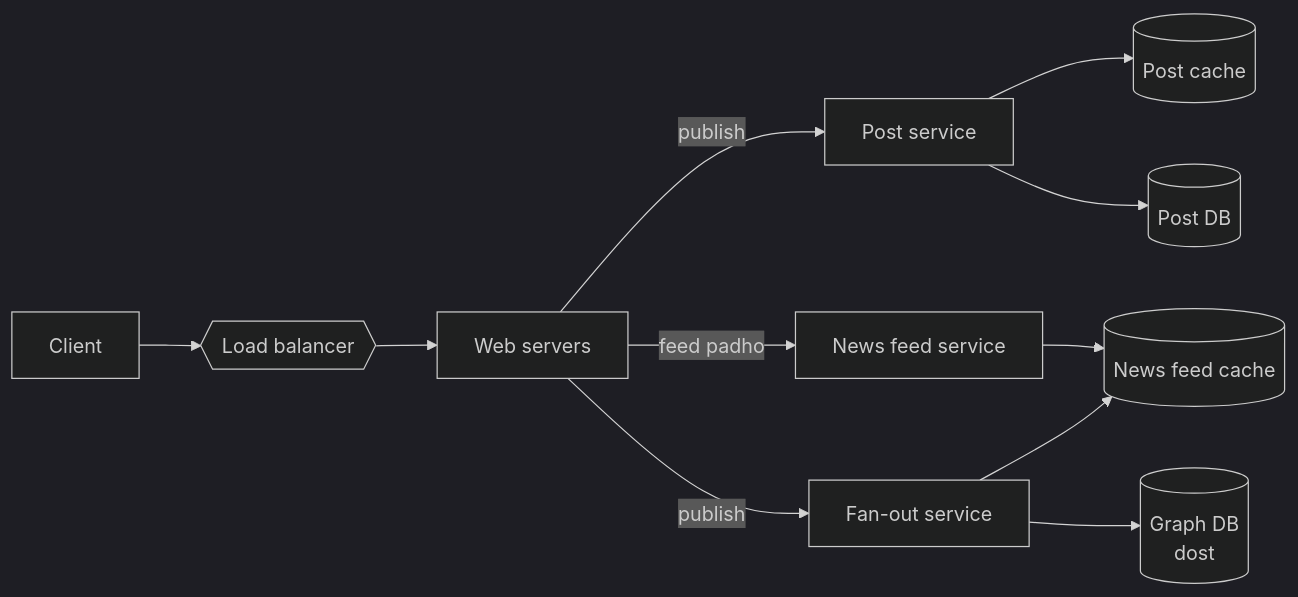
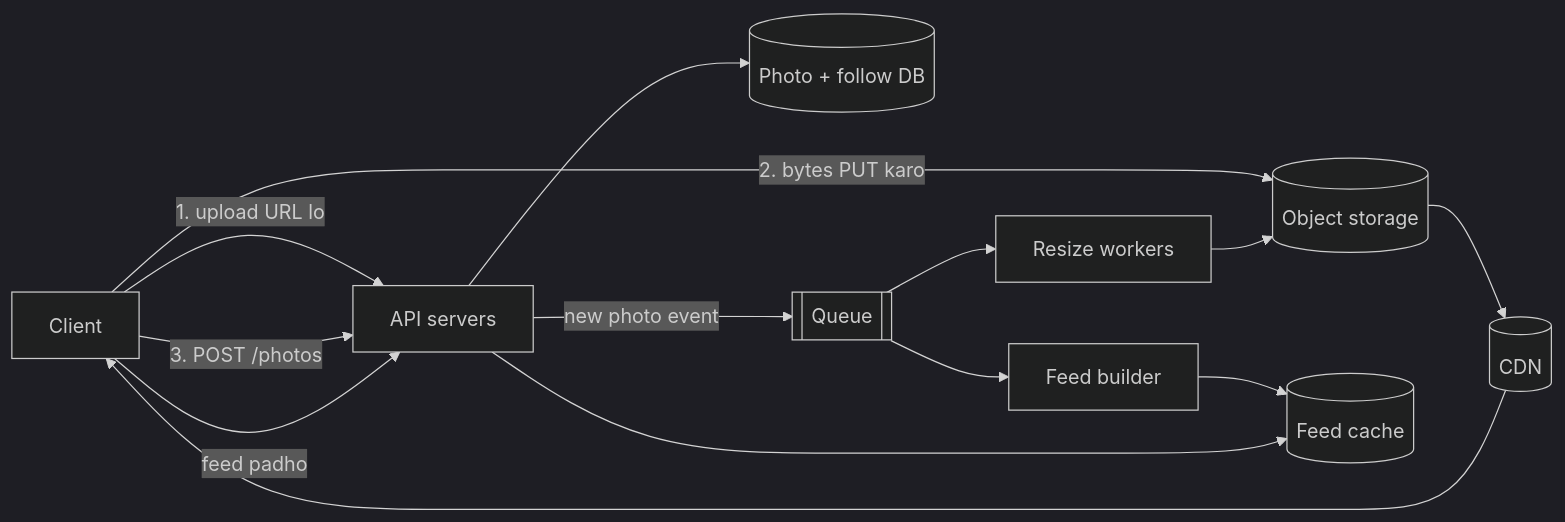
The second of 3 diagrams in docs/foundations/03-interview-framework.hi.md (JayKap-Git/sysdes), drawn with Mermaid (dark theme) before and after one commit. The commit also changed other lines of this file and 8 other files, not shown here.

````diff
--- a/docs/foundations/03-interview-framework.hi.md
+++ b/docs/foundations/03-interview-framework.hi.md
@@ -159,9 +164,12 @@
 ```mermaid
 flowchart LR
-    C[Client] --> LB{{Load balancer}}
-    LB --> WS[Web servers]
-    WS -->|publish| PS[Post service] --> PC[(Post cache)] & PDB[(Post DB)]
-    WS -->|publish| FO[Fan-out service] --> FC[(News feed cache)]
-    WS -->|feed padho| NF[News feed service] --> FC
-    FO --> G[(Graph DB<br/>dost)]
+    C[Client] -->|1. upload URL lo| API[API servers]
+    C -->|2. bytes PUT karo| OBJ[(Object storage)]
+    C -->|3. POST /photos| API
+    API --> META[(Photo + follow DB)]
+    API -->|new photo event| Q[[Queue]]
+    Q --> IMG[Resize workers] --> OBJ
+    Q --> FAN[Feed builder] --> FC[(Feed cache)]
+    C -->|feed padho| API --> FC
+    OBJ --> CDN[(CDN)] --> C
 ```
````
